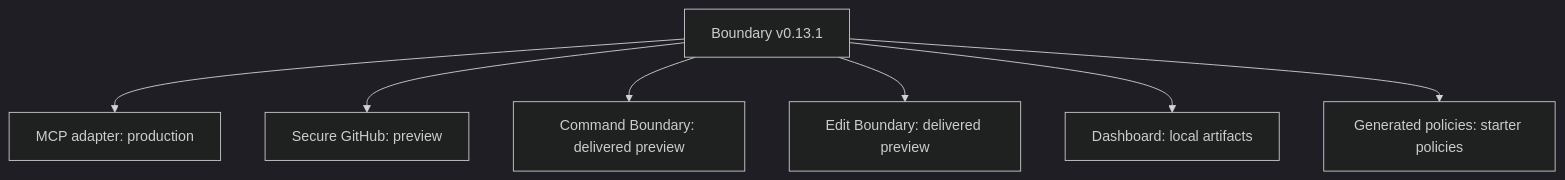
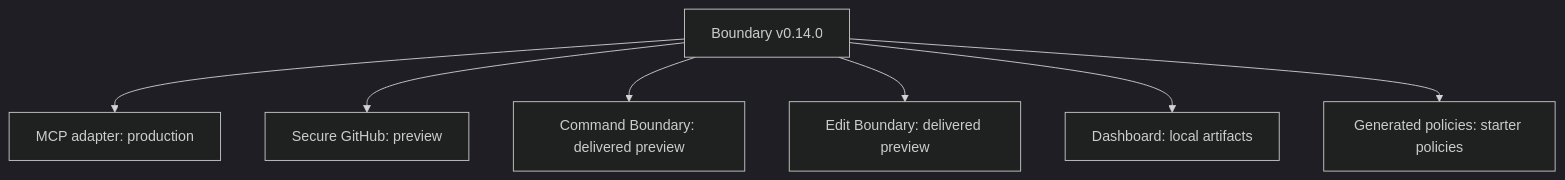
The diagram in docs/diagrams/surface-status.mmd (Fulcrum-Governance/Fulcrum-Boundary), drawn with Mermaid (dark theme) before and after one commit. The commit also changed 19 other files, not shown here.

```diff
--- a/docs/diagrams/surface-status.mmd
+++ b/docs/diagrams/surface-status.mmd
@@ -1,7 +1,7 @@
 flowchart TB
-  B[Boundary v0.13.1] --> M[MCP adapter: production]
+  B[Boundary v0.14.0] --> M[MCP adapter: production]
   B --> G[Secure GitHub: preview]
   B --> C[Command Boundary: delivered preview]
   B --> E[Edit Boundary: delivered preview]
   B --> D[Dashboard: local artifacts]
   B --> P[Generated policies: starter policies]
```
